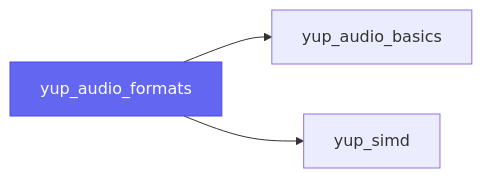
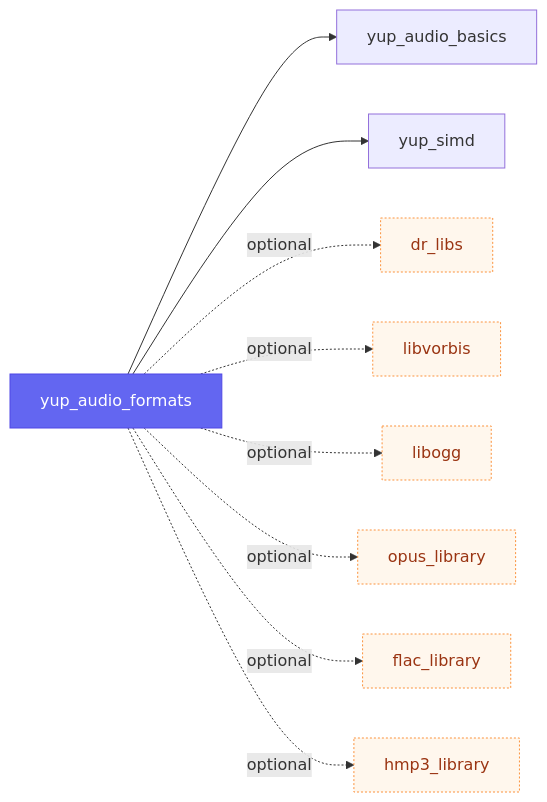
Diagram 12 of 19 in docs/modules.md (kunitoki/yup), drawn with Mermaid before and after one commit. The commit also changed other lines of this file and 13 other files, not shown here.

````diff
--- a/docs/modules.md
+++ b/docs/modules.md
@@ -203,7 +249,14 @@
 ```mermaid
 flowchart LR
     yup_audio_formats:::self --> yup_audio_basics
     yup_audio_formats --> yup_simd
+    yup_audio_formats -. optional .-> dr_libs:::opt
+    yup_audio_formats -. optional .-> libvorbis:::opt
+    yup_audio_formats -. optional .-> libogg:::opt
+    yup_audio_formats -. optional .-> opus_library:::opt
+    yup_audio_formats -. optional .-> flac_library:::opt
+    yup_audio_formats -. optional .-> hmp3_library:::opt
     classDef self fill:#6366f1,color:#fff,stroke:#4f46e5;
     classDef ext fill:#f3f4f6,color:#374151,stroke:#9ca3af,stroke-dasharray:4 3;
+    classDef opt fill:#fff7ed,color:#9a3412,stroke:#fb923c,stroke-dasharray:2 2;
 ```
````
